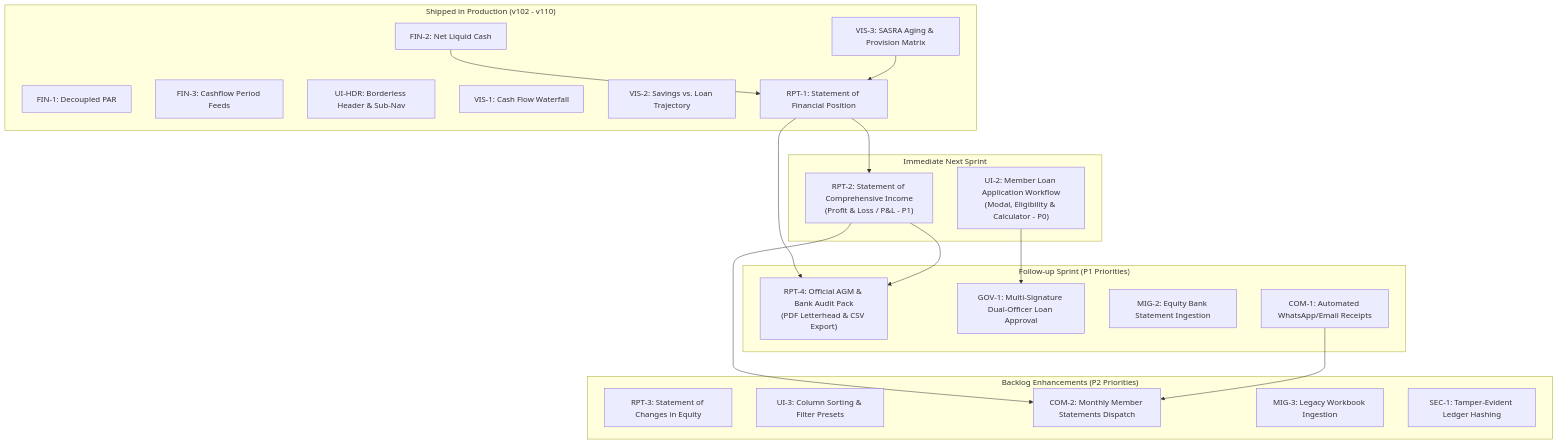
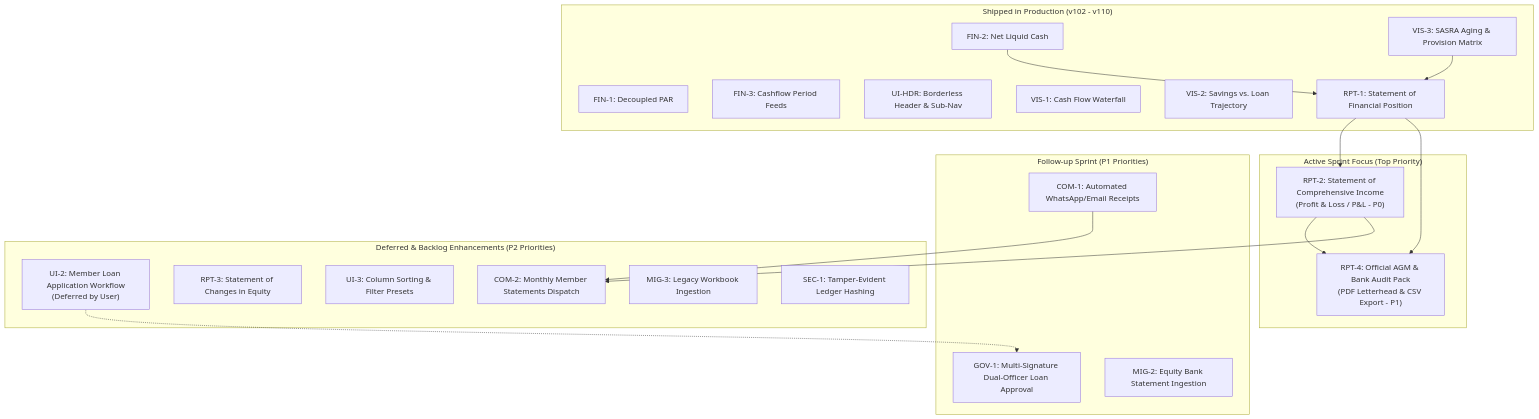
Before and after one commit to delinktech/brightlife: the diagram in BACKLOG.md, drawn with Mermaid. The commit also changed other lines of this file and 4 other files, not shown here.

Commit message:
feat(rpt): implement Task RPT-2 Statement of Comprehensive Income (P&L), CSV export, and BLG letterhead print

````diff
--- a/BACKLOG.md
+++ b/BACKLOG.md
@@ -148,40 +148,40 @@
 ```mermaid
 graph TD
     subgraph Shipped_Deliverables ["Shipped in Production (v102 - v110)"]
         F1["FIN-1: Decoupled PAR"]
         F2["FIN-2: Net Liquid Cash"]
         F3["FIN-3: Cashflow Period Feeds"]
         H["UI-HDR: Borderless Header & Sub-Nav"]
         V1["VIS-1: Cash Flow Waterfall"]
         V2["VIS-2: Savings vs. Loan Trajectory"]
         V3["VIS-3: SASRA Aging & Provision Matrix"]
         R1["RPT-1: Statement of Financial Position"]
     end
 
-    subgraph Sprint_Next ["Immediate Next Sprint"]
-        U2["UI-2: Member Loan Application Workflow<br>(Modal, Eligibility & Calculator - P0)"]
-        R2["RPT-2: Statement of Comprehensive Income<br>(Profit & Loss / P&L - P1)"]
+    subgraph Sprint_Next ["Active Sprint Focus (Top Priority)"]
+        R2["RPT-2: Statement of Comprehensive Income<br>(Profit & Loss / P&L - P0)"]
+        R4["RPT-4: Official AGM & Bank Audit Pack<br>(PDF Letterhead & CSV Export - P1)"]
     end
 
     subgraph Sprint_Follow_Up ["Follow-up Sprint (P1 Priorities)"]
-        R4["RPT-4: Official AGM & Bank Audit Pack<br>(PDF Letterhead & CSV Export)"]
         G1["GOV-1: Multi-Signature Dual-Officer Loan Approval"]
         M2["MIG-2: Equity Bank Statement Ingestion"]
         C1["COM-1: Automated WhatsApp/Email Receipts"]
     end
 
-    subgraph Future_Enhancements ["Backlog Enhancements (P2 Priorities)"]
+    subgraph Future_Enhancements ["Deferred & Backlog Enhancements (P2 Priorities)"]
+        U2["UI-2: Member Loan Application Workflow<br>(Deferred by User)"]
         R3["RPT-3: Statement of Changes in Equity"]
         U3["UI-3: Column Sorting & Filter Presets"]
         C2["COM-2: Monthly Member Statements Dispatch"]
         M3["MIG-3: Legacy Workbook Ingestion"]
         S1["SEC-1: Tamper-Evident Ledger Hashing"]
     end
 
     F2 & V3 --> R1
     R1 --> R2
     R1 & R2 --> R4
-    U2 --> G1
+    U2 -.-> G1
     R2 --> C2
     C1 --> C2
 ```
````
